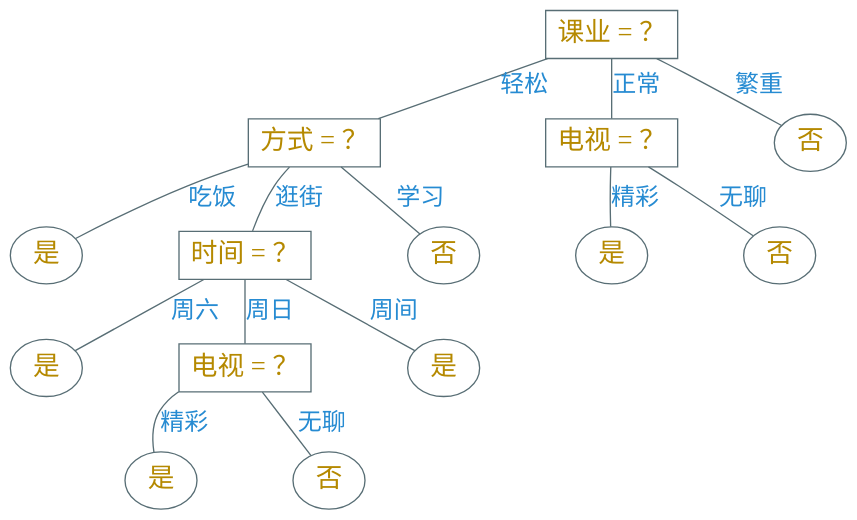
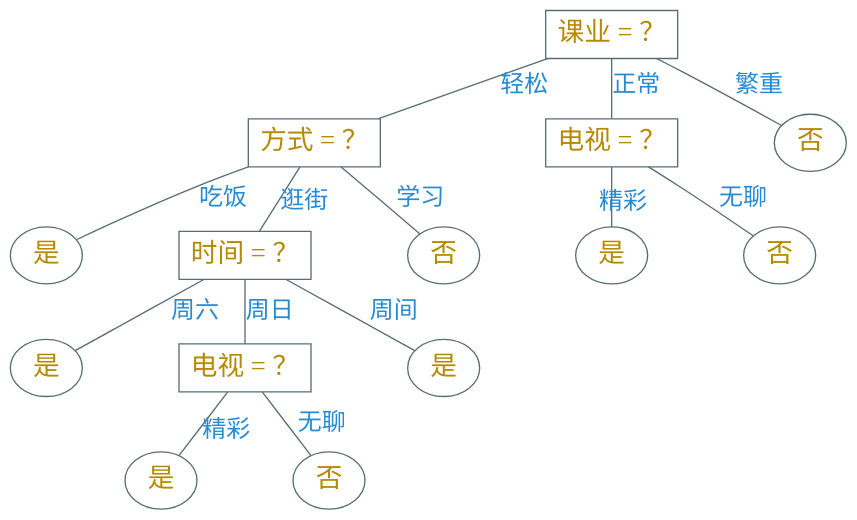
The diagram in slides/04.md (Avanti1980/course-ml), drawn with Graphviz before and after one commit. The commit also changed other lines of this file and 1 other file, not shown here.

````diff
--- a/slides/04.md
+++ b/slides/04.md
@@ -396,48 +405,48 @@
-```dot {.center}
+```dot {.center .top-12}
 digraph g {
     graph [nodesep=1.0, ranksep=0.3]
     bgcolor="transparent"
     node [shape=box color="#586e75" fontcolor="#b58900" fontsize=20 fontname="Ysabeau,LXGWWenKai"]
     edge [color="#586e75" fontcolor="#268bd2" fontsize=18 fontname="Ysabeau,LXGWWenKai" arrowhead=none]
 
     "课业 = ？" -> "方式 = ？" [label="轻松"]
     "课业 = ？" -> "电视 = ？" [label="正常"]
 
     node [shape=ellipse]
     y1 [label="是"]
     y2 [label="是"]
     y4 [label="是"]
     n1 [label="否"]
 
     n3 [label="否"]
     n4 [label="否"]
 
     "课业 = ？" -> "n1" [label="繁重"]
 
     "方式 = ？" -> "是" [label="吃饭"]
 
     node [shape=box]
-    "方式 = ？" -> "时间 = ？" [label="逛街"]
+    "方式 = ？" -> "时间 = ？" [headlabel="逛街" labeldistance=4]
 
     node [shape=ellipse]
     n2 [label="否"]
     "方式 = ？" -> "n2" [label="学习"]
 
-    "电视 = ？" -> "y1" [label="精彩"]
+    "电视 = ？" -> "y1" [headlabel="精彩" labeldistance=2]
     "电视 = ？" -> "n3" [label="无聊"]
 
     "时间 = ？" -> "y2" [label="周六"]
 
     node [shape=box]
     tv [label="电视 = ？"]
 
     "时间 = ？" -> tv [label="周日"]
 
     node [shape=ellipse]
     y3 [label="是"]
     "时间 = ？" -> "y3" [label="周间"]
 
-    tv -> "y4" [label="精彩"]
+    tv -> "y4" [headlabel="精彩" labeldistance=4]
     tv -> "n4" [label="无聊"]
 }
 ```
````
